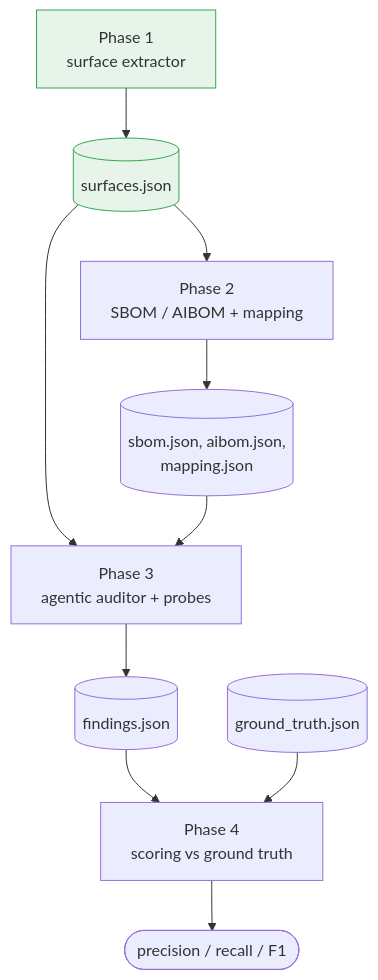
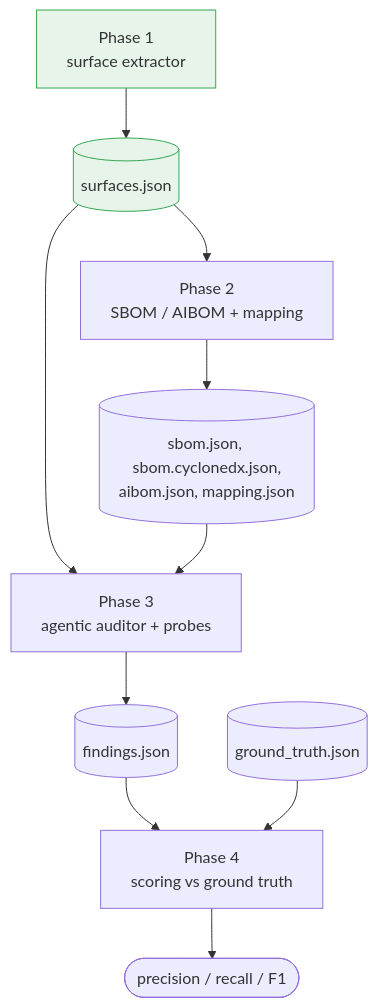
Before and after one commit to heinthtnaung/AgenticLLMAppAuditor: the fifth of 5 diagrams in docs/FLOW.md, drawn with Mermaid. The commit also changed other lines of this file and 37 other files, not shown here.

````diff
--- a/docs/FLOW.md
+++ b/docs/FLOW.md
@@ -225,15 +225,15 @@
 ```mermaid
 flowchart TD
     P1[Phase 1<br/>surface extractor] --> SJ[(surfaces.json)]
     SJ --> P2[Phase 2<br/>SBOM / AIBOM + mapping]
-    P2 --> MJ[(sbom.json, aibom.json,<br/>mapping.json)]
+    P2 --> MJ[(sbom.json, sbom.cyclonedx.json,<br/>aibom.json, mapping.json)]
     SJ --> P3[Phase 3<br/>agentic auditor + probes]
     MJ --> P3
     P3 --> FJ[(findings.json)]
     FJ --> P4[Phase 4<br/>scoring vs ground truth]
     GT[(ground_truth.json)] --> P4
     P4 --> RES([precision / recall / F1])
 
     style P1 fill:#e6f4ea,stroke:#34a853
     style SJ fill:#e6f4ea,stroke:#34a853
 ```
````
